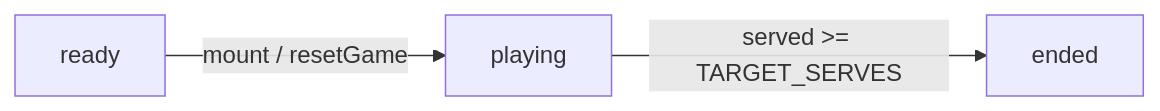
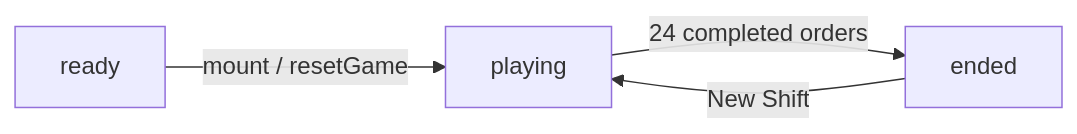
The first of 2 diagrams in docs/architecture.md (WilsonLe/games), drawn with Mermaid before and after one commit. The commit also changed other lines of this file and 18 other files, not shown here.

````diff
--- a/docs/architecture.md
+++ b/docs/architecture.md
@@ -103,5 +97,6 @@
 ```mermaid
 flowchart LR
-  Ready["ready"] -->|"mount / resetGame"| Playing["playing"]
-  Playing -->|"served >= TARGET_SERVES"| Ended["ended"]
+  Ready[ready] -->|mount / resetGame| Playing[playing]
+  Playing -->|24 completed orders| Ended[ended]
+  Ended -->|New Shift| Playing
 ```
````
